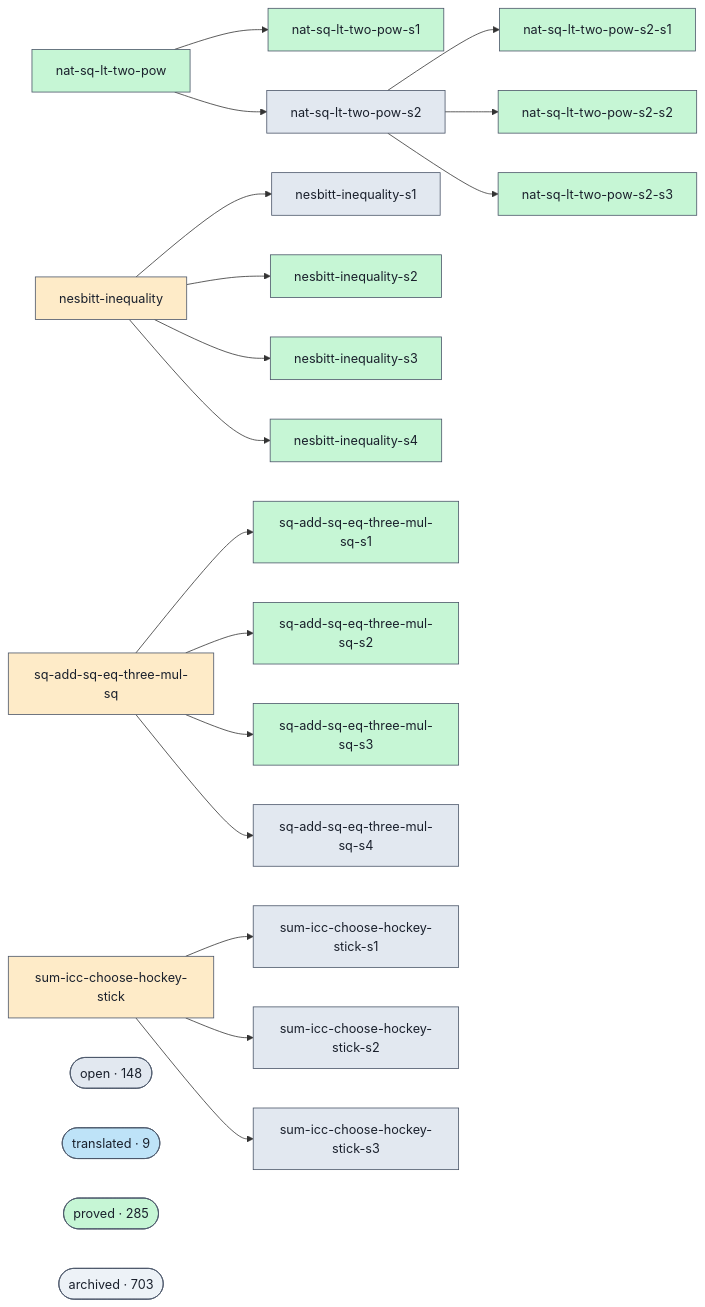
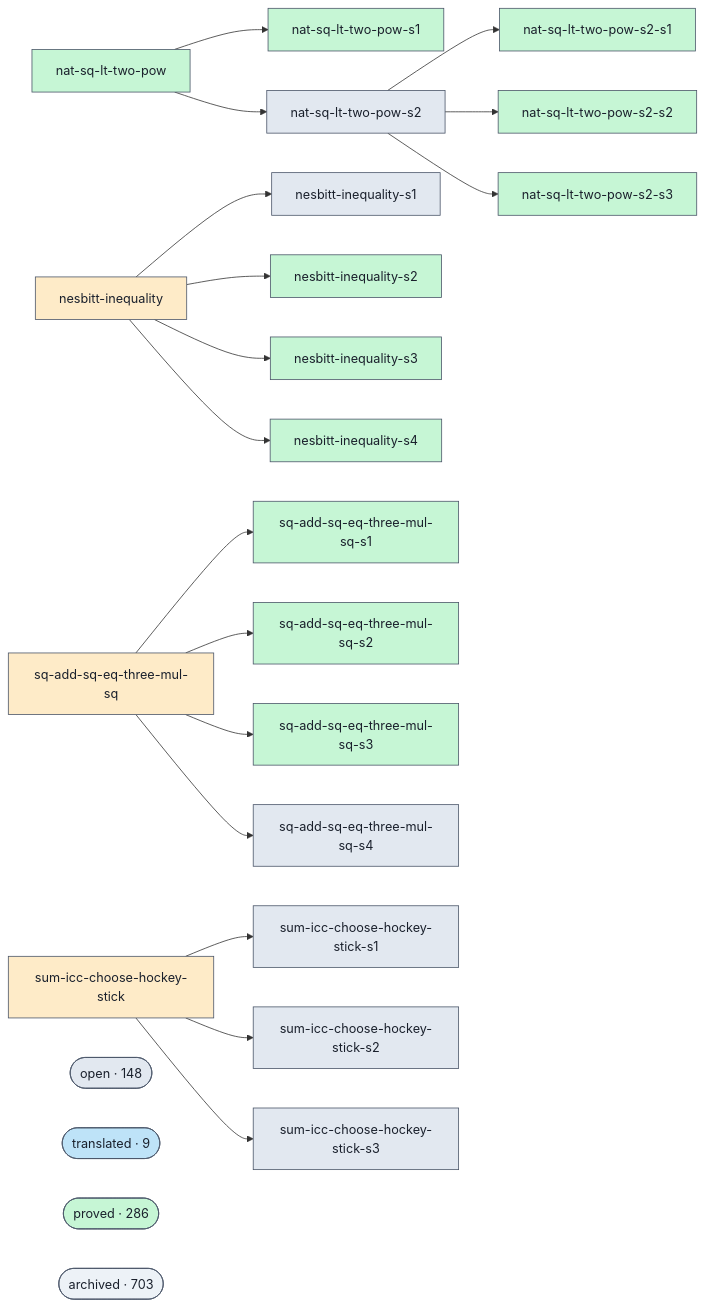
The diagram in docs/proofs-contributors-visualisation.md (ohdearquant/unsorry), drawn with Mermaid before and after one commit. The commit also changed other lines of this file and 2 other files, not shown here.

```diff
--- a/docs/proofs-contributors-visualisation.md
+++ b/docs/proofs-contributors-visualisation.md
@@ -102,7 +102,7 @@
   class cluster_open open;
   cluster_translated(["translated · 9"])
   class cluster_translated translated;
-  cluster_proved(["proved · 285"])
+  cluster_proved(["proved · 286"])
   class cluster_proved proved;
   cluster_archived(["archived · 703"])
   class cluster_archived unknown;
```
